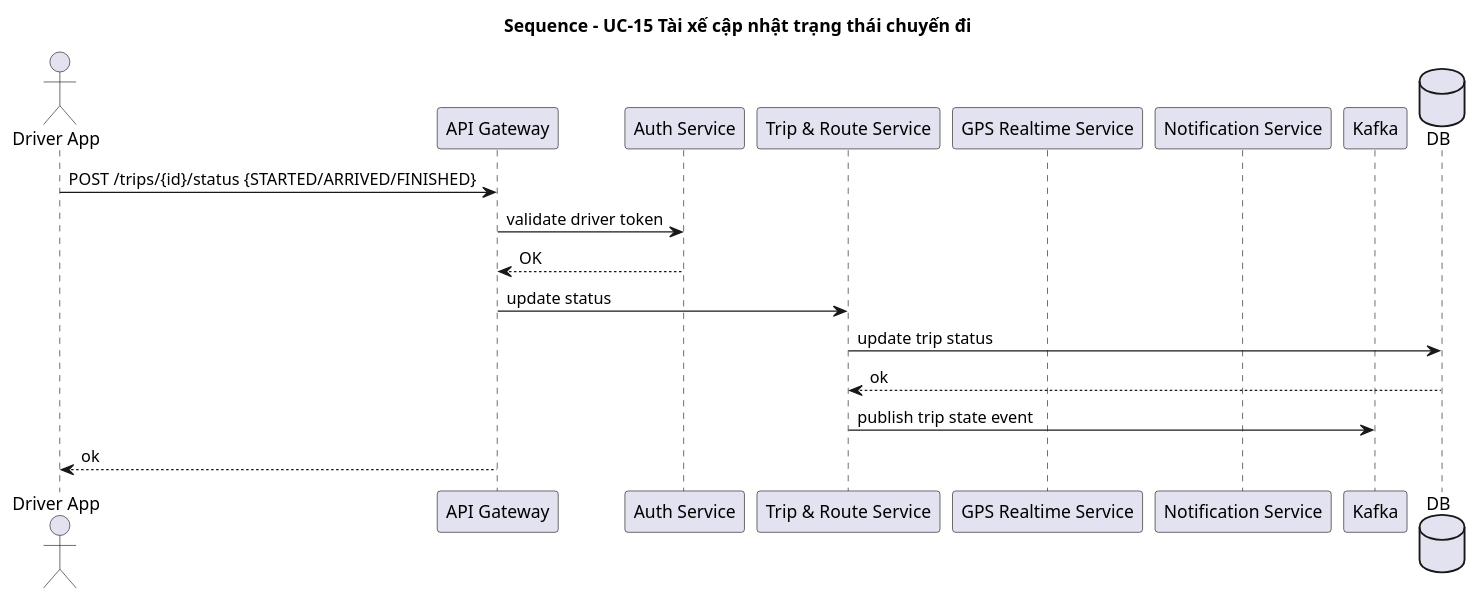
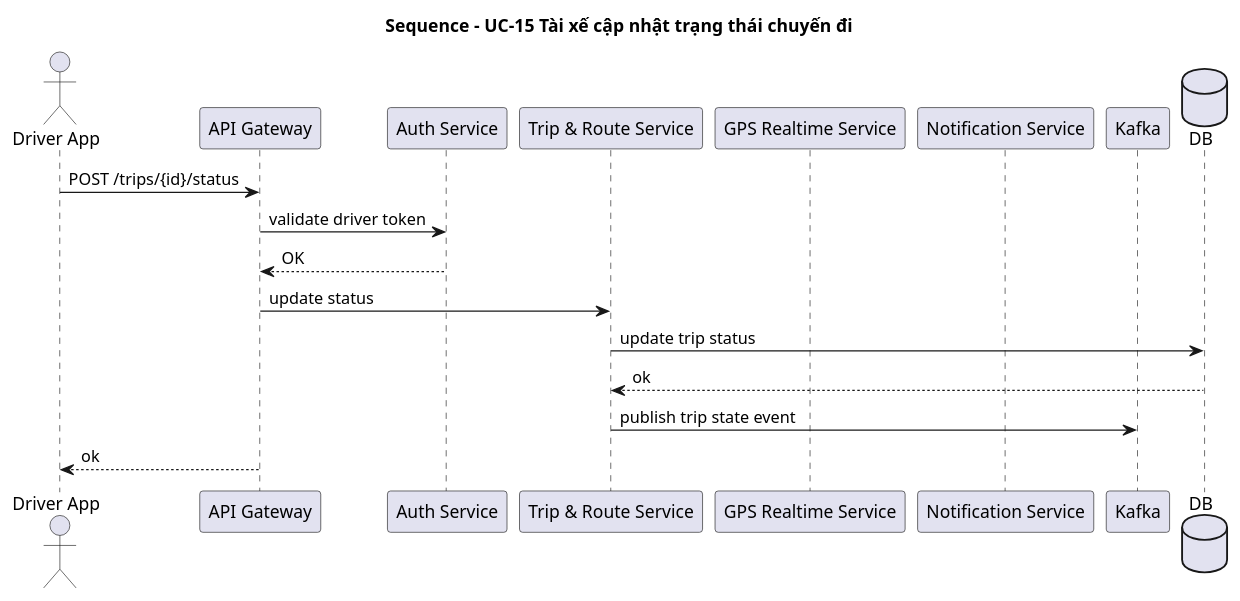
The diagram in docs/uml/sequence/sequence_uc15_driver_update_trip_status.puml (phuongbv00/hust-bus-stop), drawn with PlantUML before and after one commit. The commit also changed 26 other files, not shown here.

Commit message:
docs: update diagrams

```diff
--- a/docs/uml/sequence/sequence_uc15_driver_update_trip_status.puml
+++ b/docs/uml/sequence/sequence_uc15_driver_update_trip_status.puml
@@ -1,21 +1,21 @@
 @startuml
 title Sequence - UC-15 Tài xế cập nhật trạng thái chuyến đi
 actor "Driver App" as DriverApp
 participant "API Gateway" as API
 participant "Auth Service" as Auth
 participant "Trip & Route Service" as TripSvc
 participant "GPS Realtime Service" as GPSSvc
 participant "Notification Service" as Notif
 participant "Kafka" as Kafka
 database "DB" as DB
 
-DriverApp -> API : POST /trips/{id}/status {STARTED/ARRIVED/FINISHED}
+DriverApp -> API : POST /trips/{id}/status
 API -> Auth : validate driver token
 Auth --> API : OK
 API -> TripSvc : update status
 TripSvc -> DB : update trip status
 DB --> TripSvc : ok
 TripSvc -> Kafka : publish trip state event
 API --> DriverApp : ok
 
 @enduml
```
